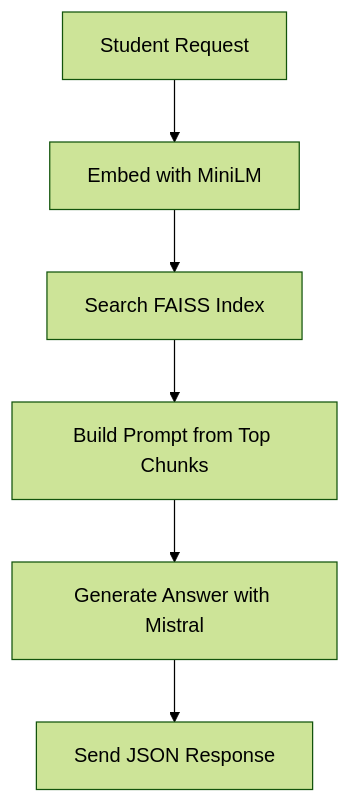
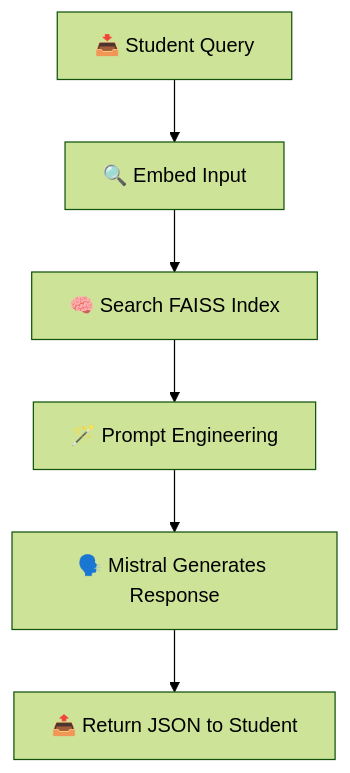
One commit to RudyMartin/rag-demo changed the diagram in README (13).md. Above: the diagram before and after it, drawn with Mermaid (forest theme). The commit also changed other lines of this file, not shown here.

`````diff
--- a/README (13).md
+++ b/README (13).md
@@ -77,8 +72,8 @@
 ```mermaid
 graph TD
-  A[Student Request] --> B[Embed with MiniLM]
-  B --> C[Search FAISS Index]
-  C --> D[Build Prompt from Top Chunks]
-  D --> E[Generate Answer with Mistral]
-  E --> F[Send JSON Response]
-```
+    A[📥 Student Query] --> B[🔍 Embed Input]
+    B --> C[🧠 Search FAISS Index]
+    C --> D[🪄 Prompt Engineering]
+    D --> E[🗣️ Mistral Generates Response]
+    E --> F[📤 Return JSON to Student]
+````
`````
